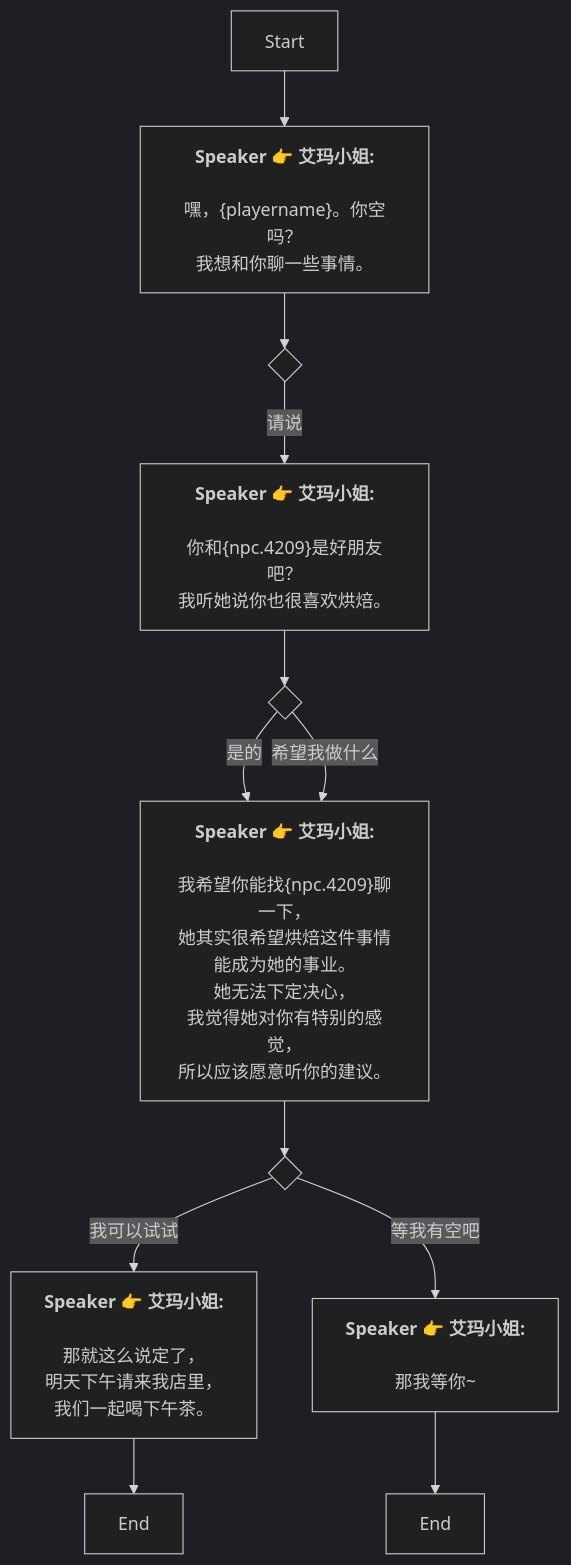
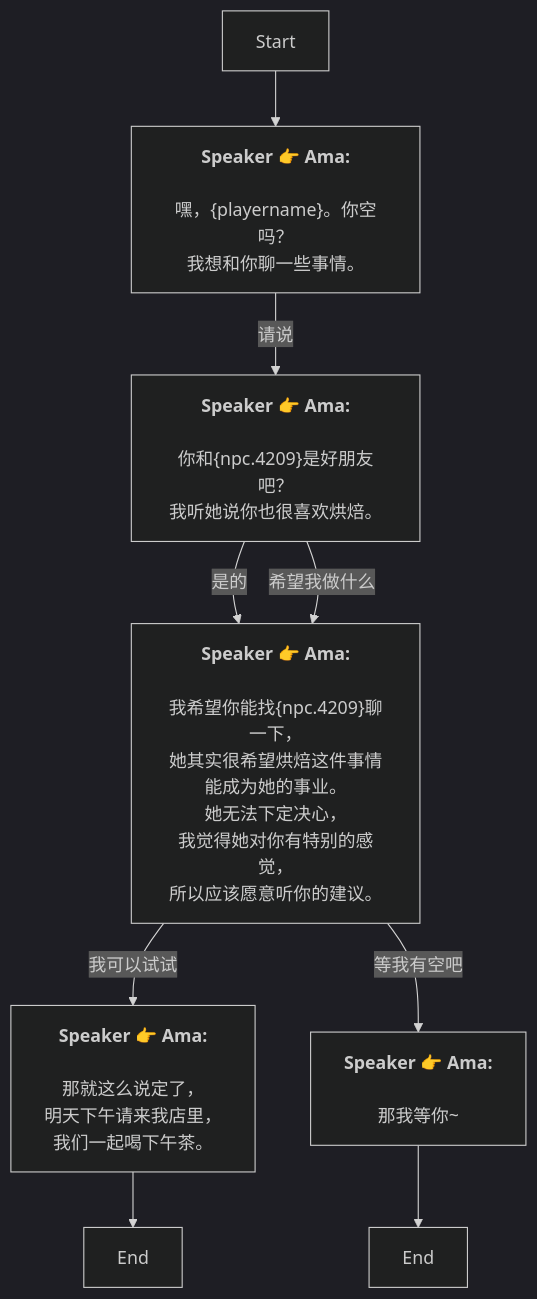
Before and after one commit to SoftHu/tos_avg: the diagram in Zh/QuestStartTalkENode_1754299649006153.md, drawn with Mermaid (dark theme). The commit also changed 737 other files, not shown here.

````diff
--- a/Zh/QuestStartTalkENode_1754299649006153.md
+++ b/Zh/QuestStartTalkENode_1754299649006153.md
@@ -1,39 +1,28 @@
 ```mermaid
 graph
-Start -->1754300389577294[<b>Speaker 👉 艾玛小姐:</b>
-
-嘿，&lbrace;playername&rbrace;。你空吗？
+Start -->1754300389577294[<b>Speaker 👉 Ama:</b>
+\n嘿，&lbrace;playername&rbrace;。你空吗？
 我想和你聊一些事情。]
-1754300389577294 -->1754300404323919{ }
-1754300404323919 -->|请说|1754300443254355[<b>Speaker 👉 艾玛小姐:</b>
-
-你和&lbrace;npc.4209&rbrace;是好朋友吧？
+1754300389577294 -->|请说|1754300443254355[<b>Speaker 👉 Ama:</b>
+\n你和&lbrace;npc.4209&rbrace;是好朋友吧？
 我听她说你也很喜欢烘焙。]
-1754300443254355 -->1754300463846996{ }
-1754300463846996 -->|是的|1754300489287257[<b>Speaker 👉 艾玛小姐:</b>
-
-我希望你能找&lbrace;npc.4209&rbrace;聊一下，
-她其实很希望烘焙这件事情能成为她的事业。
-她无法下定决心，
+1754300443254355 -->|是的|1754300489287257[<b>Speaker 👉 Ama:</b>
+\n我希望你能找&lbrace;npc.4209&rbrace;聊一下，
+她其实很希望烘焙这件事情能成为她的事业。\n她无法下定决心，
 我觉得她对你有特别的感觉，
 所以应该愿意听你的建议。]
-1754300463846996 -->|希望我做什么|1754300489287257[<b>Speaker 👉 艾玛小姐:</b>
-
-我希望你能找&lbrace;npc.4209&rbrace;聊一下，
-她其实很希望烘焙这件事情能成为她的事业。
-她无法下定决心，
+1754300443254355 -->|希望我做什么|1754300489287257[<b>Speaker 👉 Ama:</b>
+\n我希望你能找&lbrace;npc.4209&rbrace;聊一下，
+她其实很希望烘焙这件事情能成为她的事业。\n她无法下定决心，
 我觉得她对你有特别的感觉，
 所以应该愿意听你的建议。]
-1754300489287257 -->1754300567494234{ }
-1754300567494234 -->|我可以试试|1754300932487777[<b>Speaker 👉 艾玛小姐:</b>
-
-那就这么说定了，
+1754300489287257 -->|我可以试试|1754300932487777[<b>Speaker 👉 Ama:</b>
+\n那就这么说定了，
 明天下午请来我店里，
 我们一起喝下午茶。]
-1754300567494234 -->|等我有空吧|1754300946867810[<b>Speaker 👉 艾玛小姐:</b>
-
-那我等你~]
+1754300489287257 -->|等我有空吧|1754300946867810[<b>Speaker 👉 Ama:</b>
+\n那我等你~]
 1754300932487777 -->1754300921031264[End]
 1754300946867810 -->1754300914270815[End]
 
- ```
+```
````
